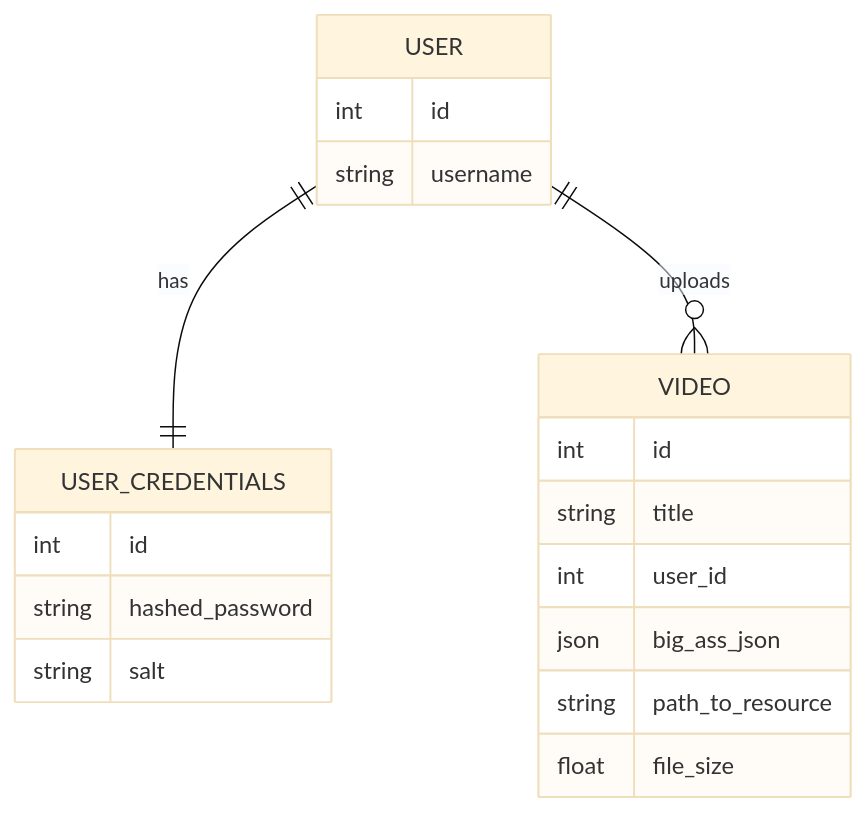
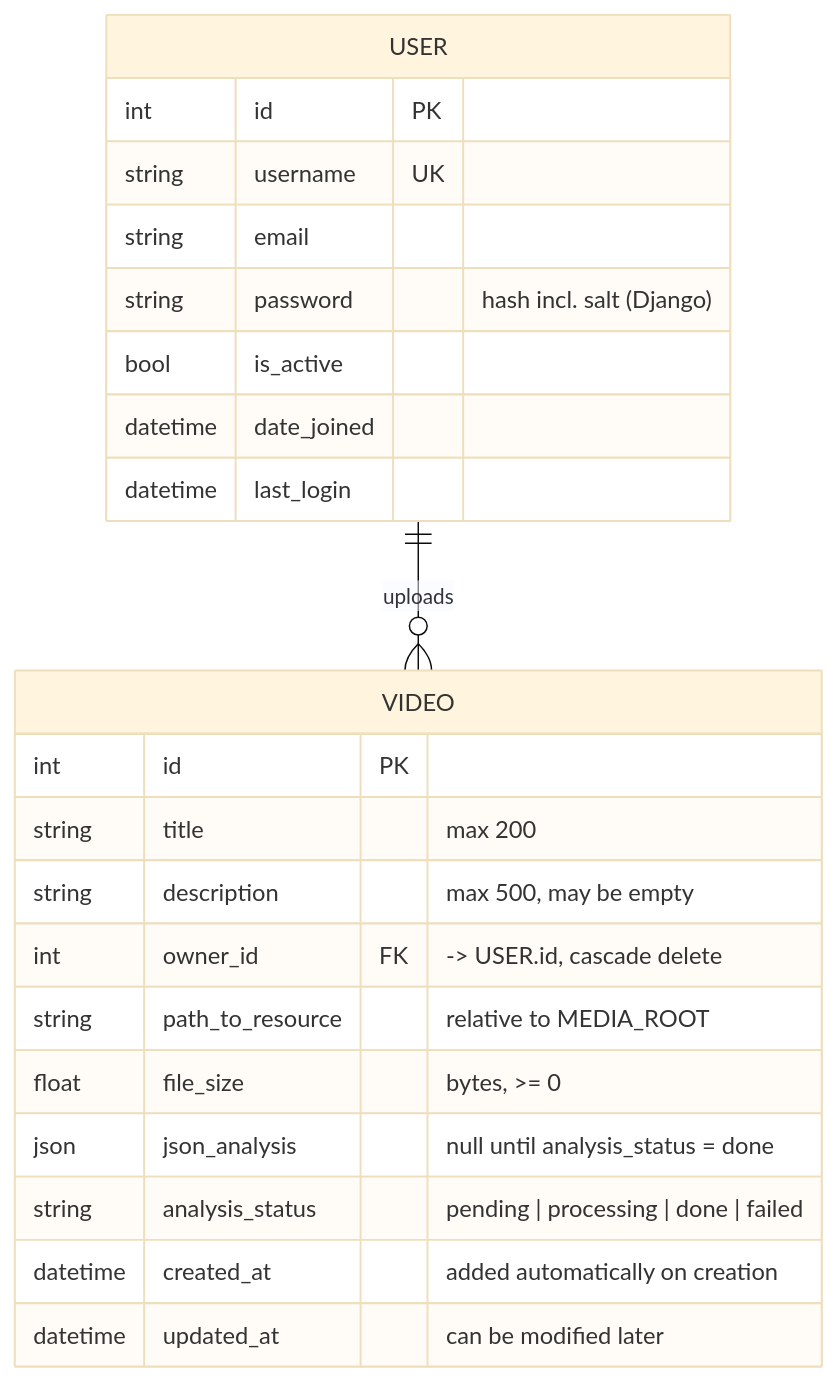
The diagram in backend/db/diagram/v1.md (p0mpon/zpi-dancingbuddy), drawn with Mermaid (base theme) before and after one commit. The commit also changed 27 other files, not shown here.

````diff
--- a/backend/db/diagram/v1.md
+++ b/backend/db/diagram/v1.md
@@ -1,23 +1,26 @@
 ```mermaid
 erDiagram
-    USER ||--|| USER_CREDENTIALS : has
     USER ||--o{ VIDEO : uploads
 
     USER {
-        int id
-        string username
-    }
-    USER_CREDENTIALS {
-        int id
-        string hashed_password
-        string salt
+        int id PK
+        string username UK
+        string email
+        string password "hash incl. salt (Django)"
+        bool is_active
+        datetime date_joined
+        datetime last_login
     }
     VIDEO {
-        int id
-        string title
-        int user_id
-        json big_ass_json
-        string path_to_resource
-        float file_size
+        int id PK
+        string title "max 200"
+        string description "max 500, may be empty"
+        int owner_id FK "-> USER.id, cascade delete"
+        string path_to_resource "relative to MEDIA_ROOT"
+        float file_size "bytes, >= 0"
+        json json_analysis "null until analysis_status = done"
+        string analysis_status "pending | processing | done | failed"
+        datetime created_at "added automatically on creation"
+        datetime updated_at "can be modified later"
     }
 ```
````
